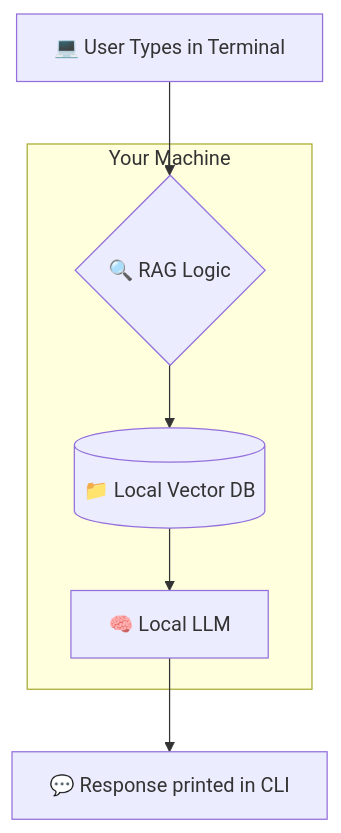
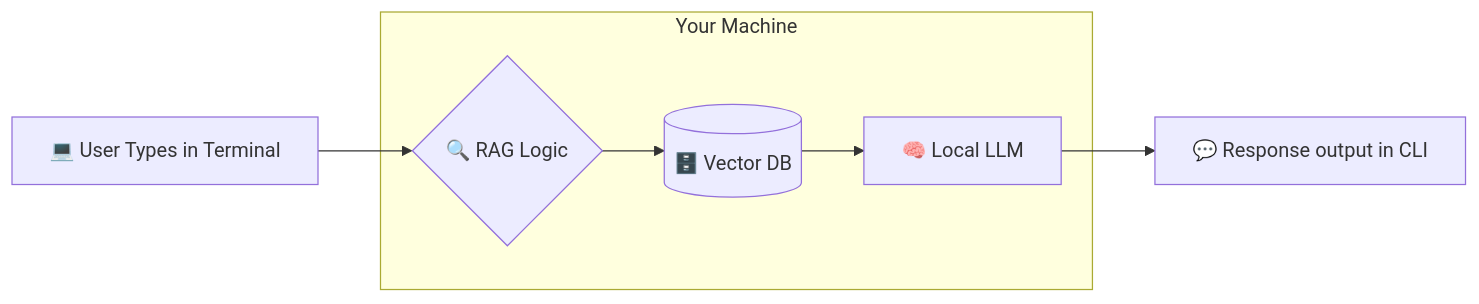
The second of 4 diagrams in README.md (nonDuck3/pilat_ai_assistant), drawn with Mermaid before and after one commit. The commit also changed other lines of this file, not shown here.

````diff
--- a/README.md
+++ b/README.md
@@ -67,13 +67,13 @@
 ``` mermaid
-graph TD
+graph LR
     A[💻 User Types in Terminal] --> B{🔍 RAG Logic}
-    B --> C[(📁 Local Vector DB)]
+    B --> C[(🗄️ Vector DB)]
     C --> D[🧠 Local LLM]
-    D --> E[💬 Response printed in CLI]
+    D --> E[💬 Response output in CLI]
 
     subgraph "Your Machine"
     B
     C
     D
     end
 ```
````
